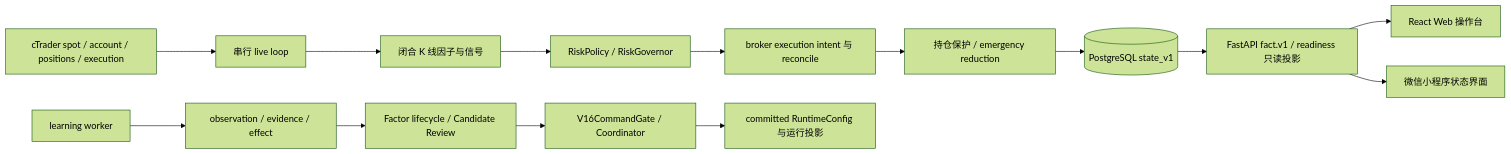
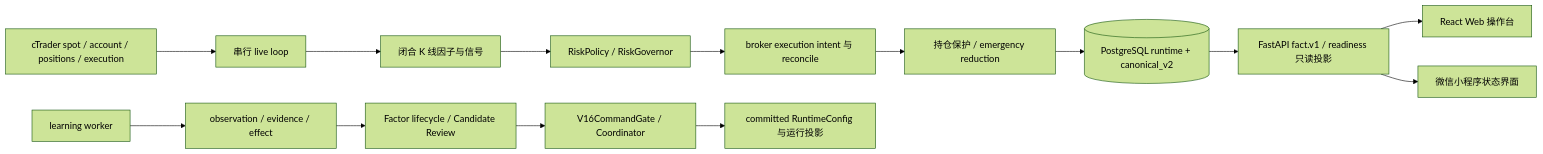
Before and after one commit to zhuzhu6666/quant_trading: the diagram in README.md, drawn with Mermaid (forest theme). The commit also changed other lines of this file and 220 other files, not shown here.

Commit message:
Converge runtime state on canonical v2 single track

````diff
--- a/README.md
+++ b/README.md
@@ -23,17 +23,17 @@
 ```mermaid
 flowchart LR
     A["cTrader spot / account / positions / execution"] --> B["串行 live loop"]
     B --> C["闭合 K 线因子与信号"]
     C --> D["RiskPolicy / RiskGovernor"]
     D --> E["broker execution intent 与 reconcile"]
     E --> F["持仓保护 / emergency reduction"]
-    F --> G[("PostgreSQL state_v1")]
+    F --> G[("PostgreSQL runtime + canonical_v2")]
 
     H["learning worker"] --> I["observation / evidence / effect"]
     I --> J["Factor lifecycle / Candidate Review"]
     J --> K["V16CommandGate / Coordinator"]
     K --> L["committed RuntimeConfig 与运行投影"]
     G --> M["FastAPI fact.v1 / readiness 只读投影"]
     M --> N["React Web 操作台"]
     M --> O["微信小程序状态界面"]
 ```
````
